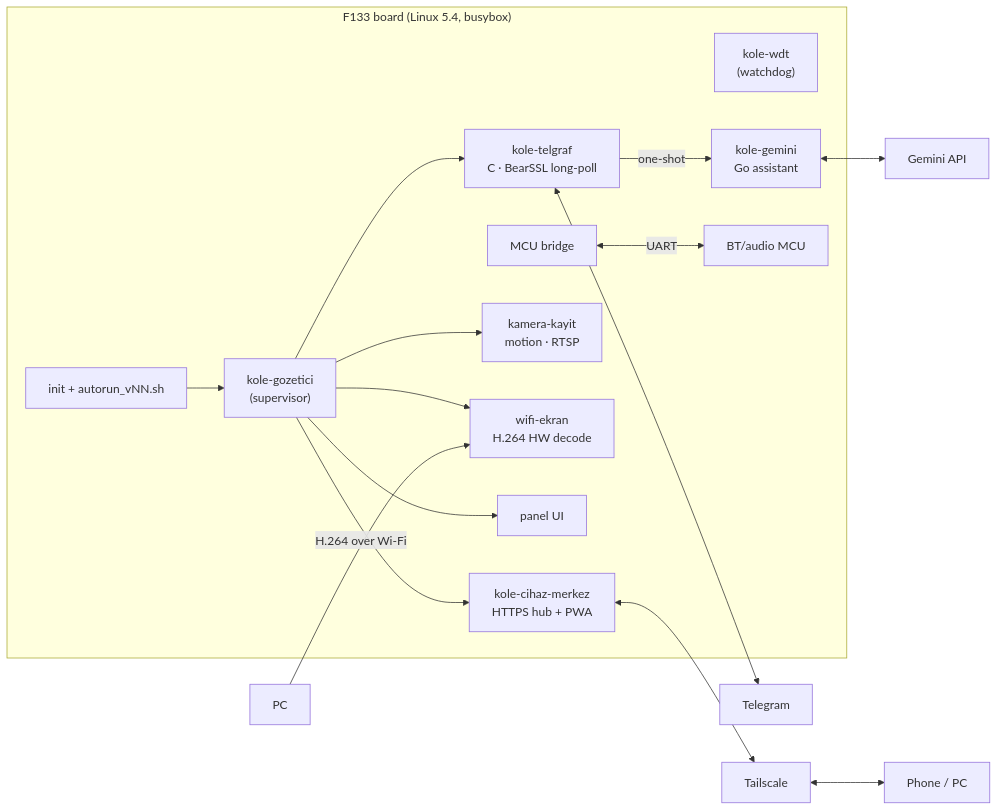
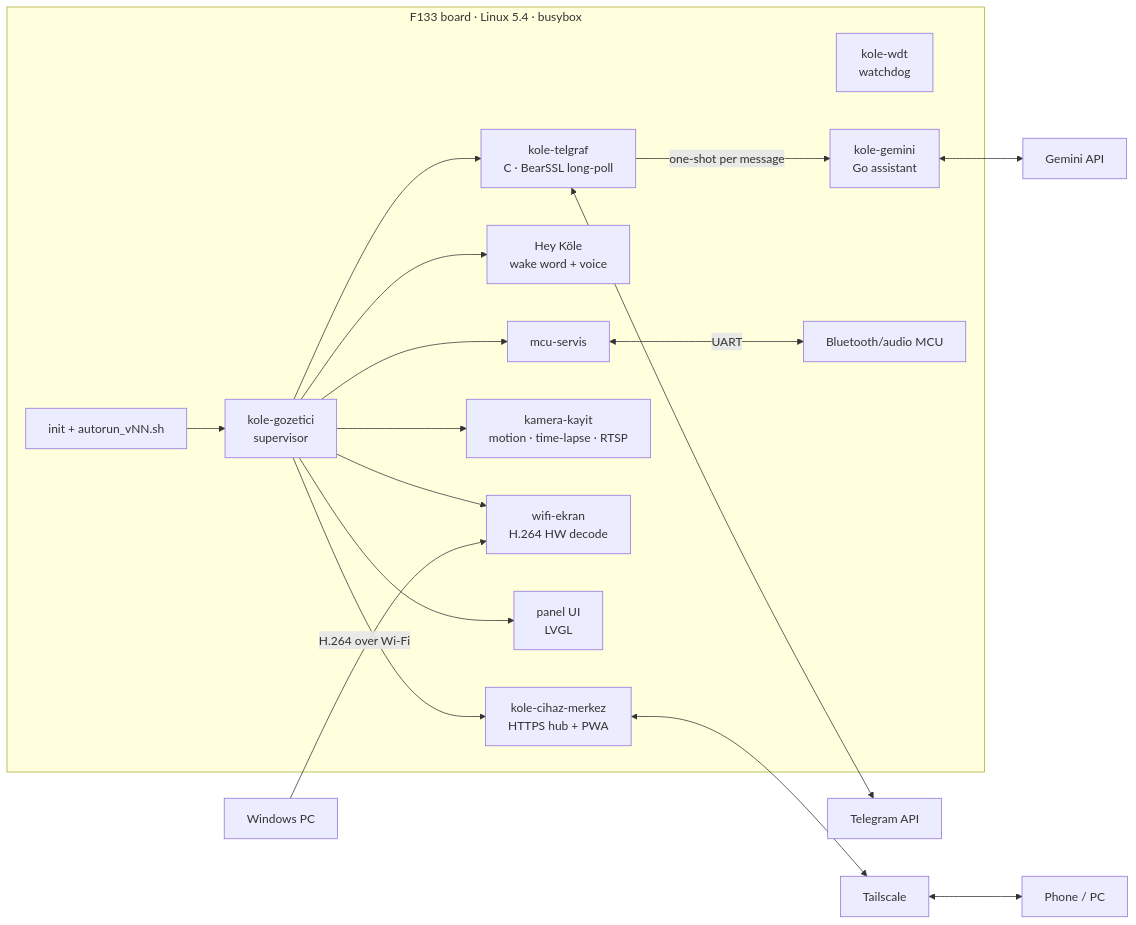
Before and after one commit to veli-ozturk/velinux-f133-linux-assistant: the first of 2 diagrams in README.md, drawn with Mermaid. The commit also changed other lines of this file and 5 other files, not shown here.

````diff
--- a/README.md
+++ b/README.md
@@ -36,18 +131,19 @@
 ```mermaid
 flowchart LR
-  subgraph Board["F133 board (Linux 5.4, busybox)"]
-    init["init + autorun_vNN.sh"] --> sup["kole-gozetici<br/>(supervisor)"]
-    wdt["kole-wdt<br/>(watchdog)"]
+  subgraph Board["F133 board · Linux 5.4 · busybox"]
+    init["init + autorun_vNN.sh"] --> sup["kole-gozetici<br/>supervisor"]
+    wdt["kole-wdt<br/>watchdog"]
     sup --> tg["kole-telgraf<br/>C · BearSSL long-poll"]
-    tg -->|one-shot| go["kole-gemini<br/>Go assistant"]
+    tg -->|one-shot per message| go["kole-gemini<br/>Go assistant"]
+    sup --> hey["Hey Köle<br/>wake word + voice"]
     sup --> hub["kole-cihaz-merkez<br/>HTTPS hub + PWA"]
-    sup --> cam["kamera-kayit<br/>motion · RTSP"]
+    sup --> cam["kamera-kayit<br/>motion · time-lapse · RTSP"]
     sup --> scr["wifi-ekran<br/>H.264 HW decode"]
-    sup --> panel["panel UI"]
-    mcu["MCU bridge"] <-->|UART| bt["BT/audio MCU"]
+    sup --> panel["panel UI<br/>LVGL"]
+    sup --> mcu["mcu-servis"] <-->|UART| bt["Bluetooth/audio MCU"]
   end
   go <--> gem["Gemini API"]
-  tg <--> tgapi["Telegram"]
+  tg <--> tgapi["Telegram API"]
   hub <--> ts["Tailscale"] <--> phone["Phone / PC"]
-  pc["PC"] -->|H.264 over Wi-Fi| scr
+  pc["Windows PC"] -->|H.264 over Wi-Fi| scr
 ```
````
